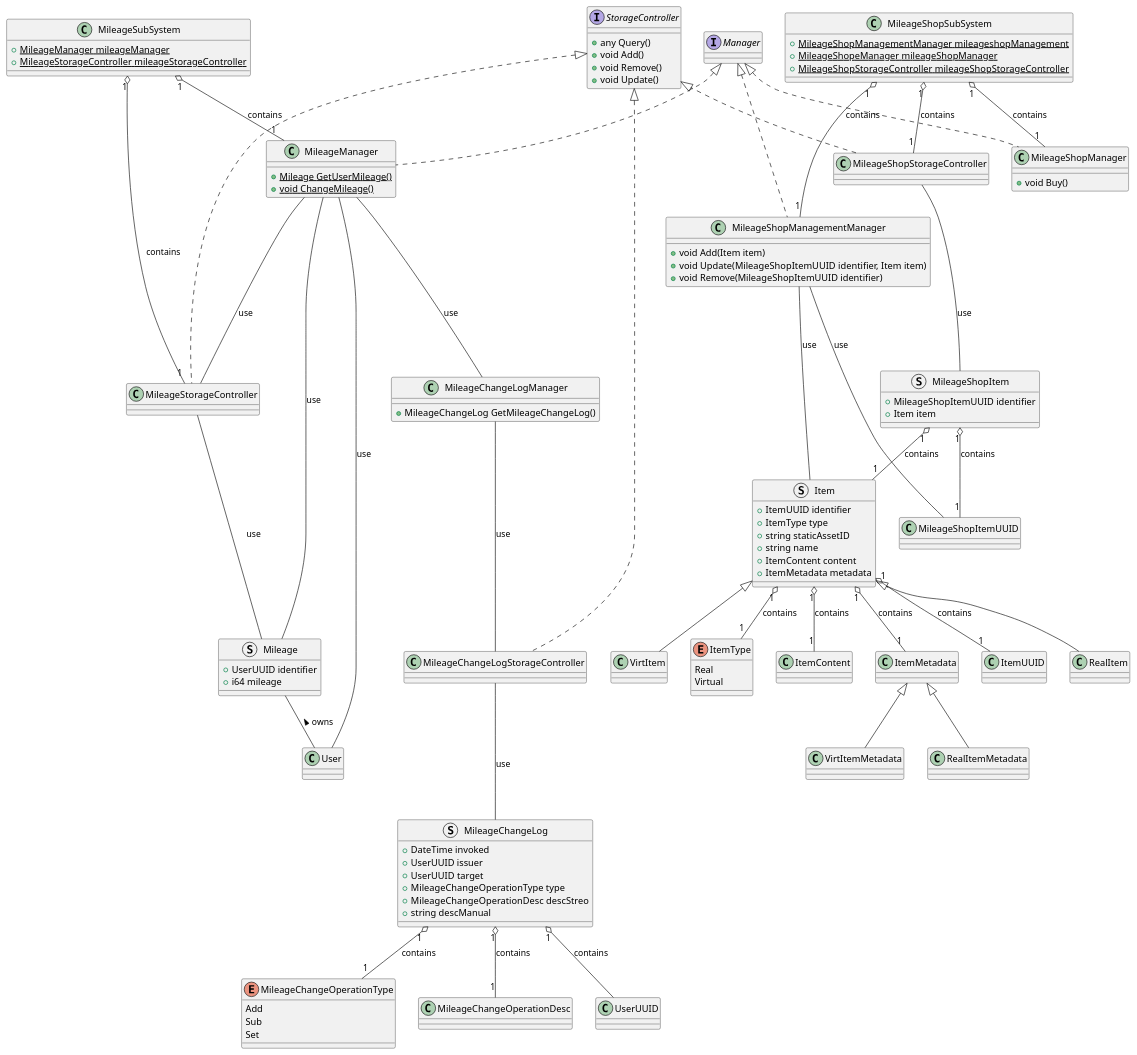
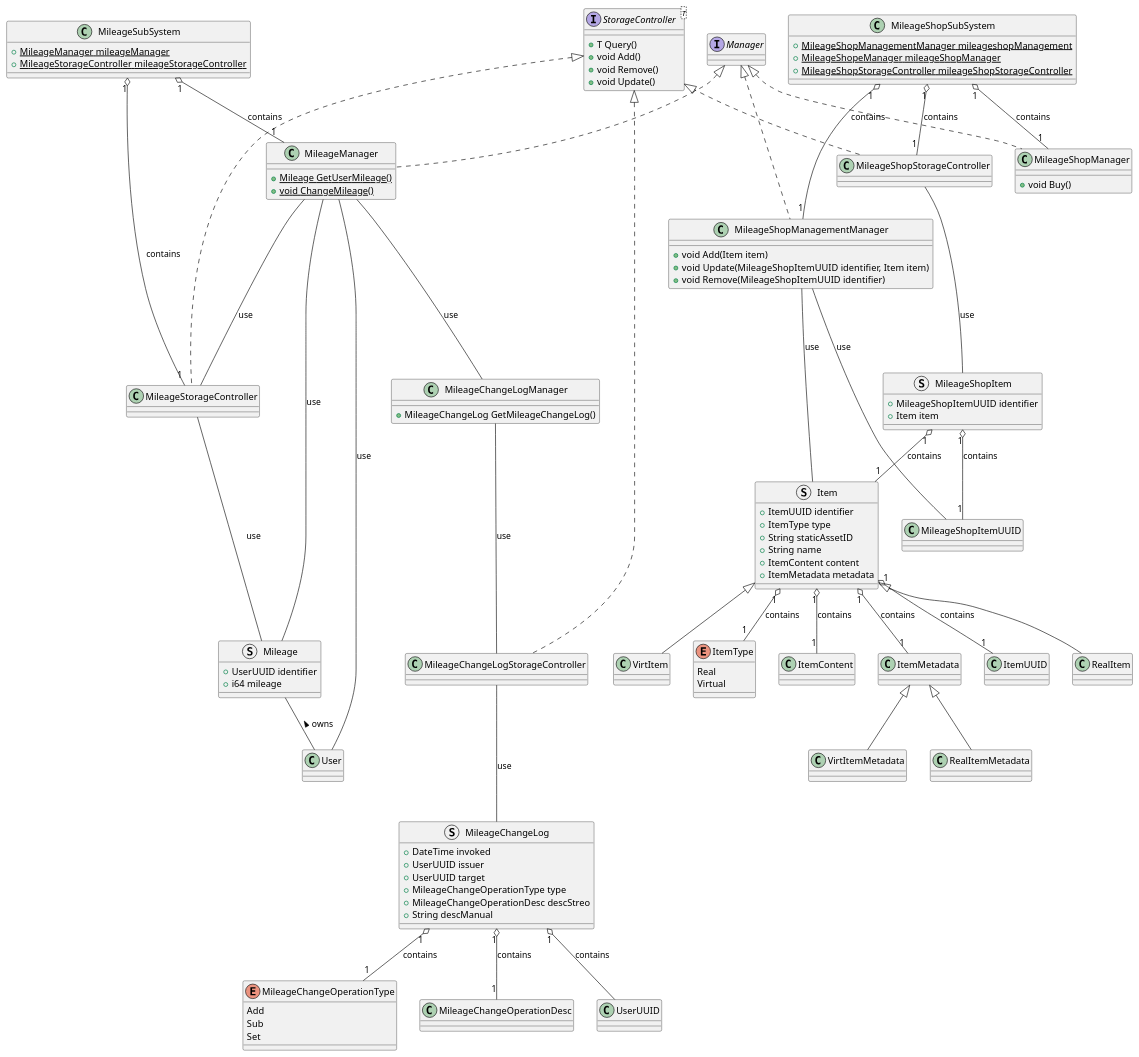
The diagram in src/Mileage.puml (ShapeLayer/se-lecture-task__project-structure-definitions), drawn with PlantUML before and after one commit. The commit also changed 19 other files, not shown here.

```diff
--- a/src/Mileage.puml
+++ b/src/Mileage.puml
@@ -1,131 +1,131 @@
 @startuml
 ' Commons
 Interface Manager
-Interface StorageController {
-    + any Query()
+Interface StorageController<T> {
+    + T Query()
     + void Add()
     + void Remove()
     + void Update()
 }
 
 enum ItemType {
     Real
     Virtual
 }
 
 class ItemContent {}
 class ItemMetadata {}
 class RealItemMetadata extends ItemMetadata {}
 class VirtItemMetadata extends ItemMetadata {}
 
 struct Item {
     + ItemUUID identifier
     + ItemType type
-    + string staticAssetID
-    + string name
+    + String staticAssetID
+    + String name
     + ItemContent content
     + ItemMetadata metadata
 }
 
 Item "1" o-- "1" ItemUUID : contains
 Item "1" o-- "1" ItemType : contains
 Item "1" o-- "1" ItemContent : contains
 Item "1" o-- "1" ItemMetadata : contains
 
 class RealItem extends Item {}
 class VirtItem extends Item {}
 
 struct Mileage {
     + UserUUID identifier
     + i64 mileage
 }
 
 Mileage -- User : < owns
 
 ' Mileage SubSystem
 
 enum MileageChangeOperationType {
     Add
     Sub
     Set
 }
 
 class MileageChangeOperationDesc {}
 
 struct MileageChangeLog {
     + DateTime invoked
     + UserUUID issuer
     + UserUUID target
     + MileageChangeOperationType type
     + MileageChangeOperationDesc descStreo
-    + string descManual
+    + String descManual
 }
 
 MileageChangeLog "1" o-- UserUUID : contains
 MileageChangeLog "1" o-- "1" MileageChangeOperationType : contains
 MileageChangeLog "1" o-- "1" MileageChangeOperationDesc : contains
 
 class MileageManager implements Manager {
     + {static} Mileage GetUserMileage()
     + {static} void ChangeMileage()
 }
 
 MileageManager --- User : use
 MileageManager --- Mileage : use
 MileageManager --- MileageChangeLogManager : use
 MileageManager --- MileageStorageController : use
 
 class MileageChangeLogManager {
     + MileageChangeLog GetMileageChangeLog()
 }
 
 MileageChangeLogManager --- MileageChangeLogStorageController : use
 
 class MileageChangeLogStorageController implements StorageController {}
 MileageChangeLogStorageController --- MileageChangeLog : use
 
 class MileageStorageController implements StorageController{}
 MileageStorageController --- Mileage : use
 
 class MileageSubSystem {
     + {static} MileageManager mileageManager
     + {static} MileageStorageController mileageStorageController
 }
 
 MileageSubSystem "1" o-- "1" MileageManager : contains
 MileageSubSystem "1" o-- "1" MileageStorageController : contains
 
 ' MileageShop SubSystem
 struct MileageShopItem {
     + MileageShopItemUUID identifier
     + Item item
 }
 
 MileageShopItem "1" o-- "1" MileageShopItemUUID : contains
 MileageShopItem "1" o-- "1" Item : contains
 
 class MileageShopManager implements Manager {
     + void Buy()
 }
 
 class MileageShopManagementManager implements Manager {
     + void Add(Item item)
     + void Update(MileageShopItemUUID identifier, Item item)
     + void Remove(MileageShopItemUUID identifier)
 }
 
 MileageShopManagementManager --- Item : use
 MileageShopManagementManager --- MileageShopItemUUID : use
 
 class MileageShopStorageController implements StorageController {}
 MileageShopStorageController --- MileageShopItem : use
 
 class MileageShopSubSystem {
     + {static} MileageShopManagementManager mileageshopManagement
     + {static} MileageShopeManager mileageShopManager
     + {static} MileageShopStorageController mileageShopStorageController
 }
 MileageShopSubSystem "1" o-- "1" MileageShopManagementManager : contains
 MileageShopSubSystem "1" o-- "1" MileageShopManager : contains
 MileageShopSubSystem "1" o-- "1" MileageShopStorageController : contains
 @enduml
```
